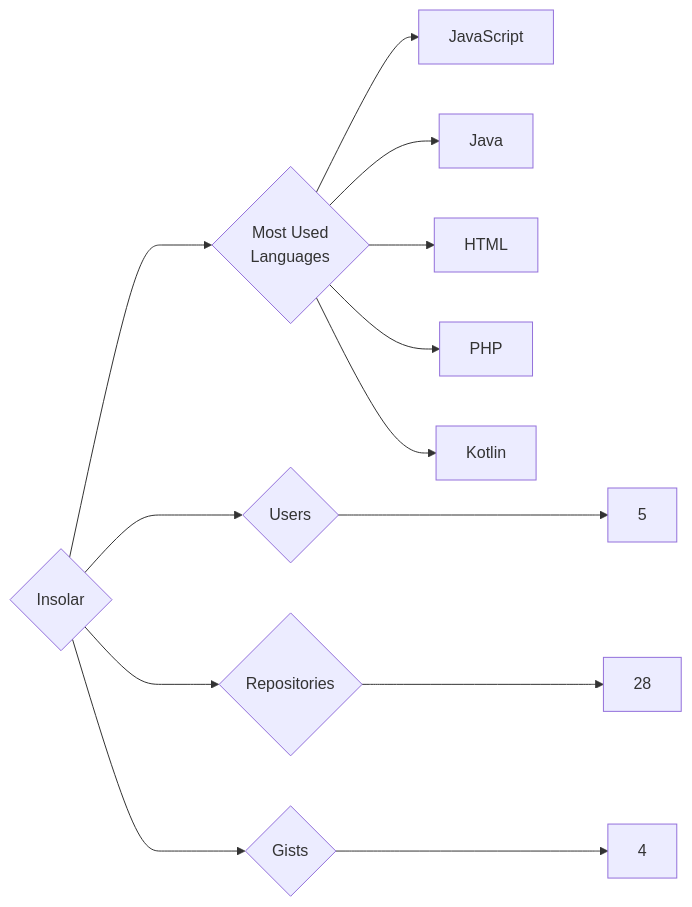
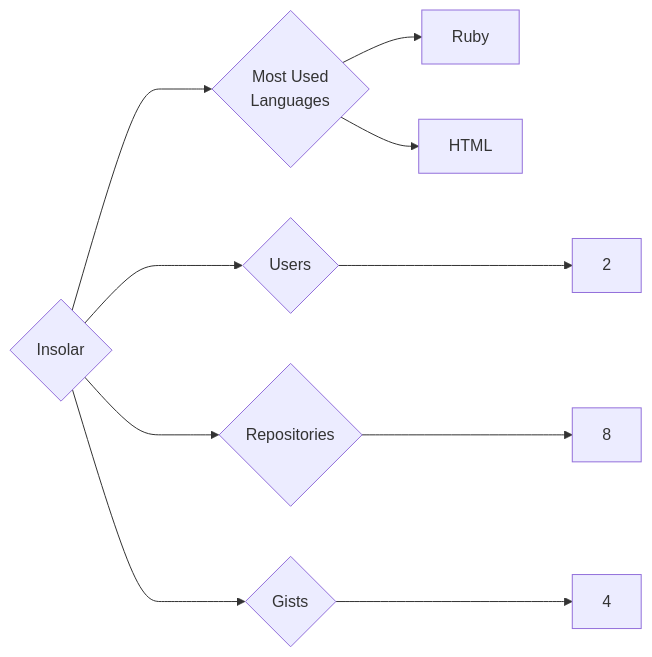
The diagram in targets/Insolar/README.md (trickest/insiders), drawn with Mermaid before and after one commit. The commit also changed 1141 other files, not shown here.

````diff
--- a/targets/Insolar/README.md
+++ b/targets/Insolar/README.md
@@ -3,13 +3,10 @@
 ```mermaid
 graph LR
 COMPANY_NAME{Insolar}
-COMPANY_NAME ---> U{Users} ---> UN[5]
-COMPANY_NAME ---> R{Repositories} ---> RN[28]
+COMPANY_NAME ---> U{Users} ---> UN[2]
+COMPANY_NAME ---> R{Repositories} ---> RN[8]
 COMPANY_NAME ---> G{Gists} ---> GN[4]
 COMPANY_NAME ---> ML{Most Used<br>Languages}
-ML --> JavaScript[JavaScript]
-ML --> Java[Java]
+ML --> Ruby[Ruby]
 ML --> HTML[HTML]
-ML --> PHP[PHP]
-ML --> Kotlin[Kotlin]
 ```
````
